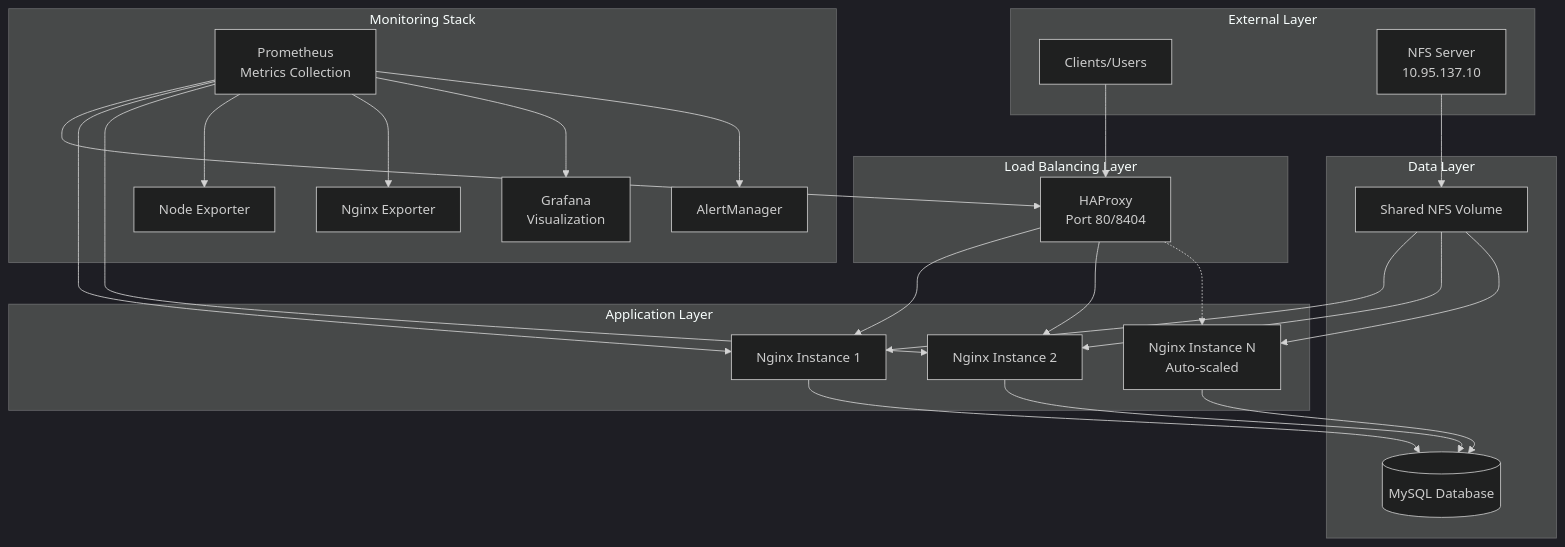
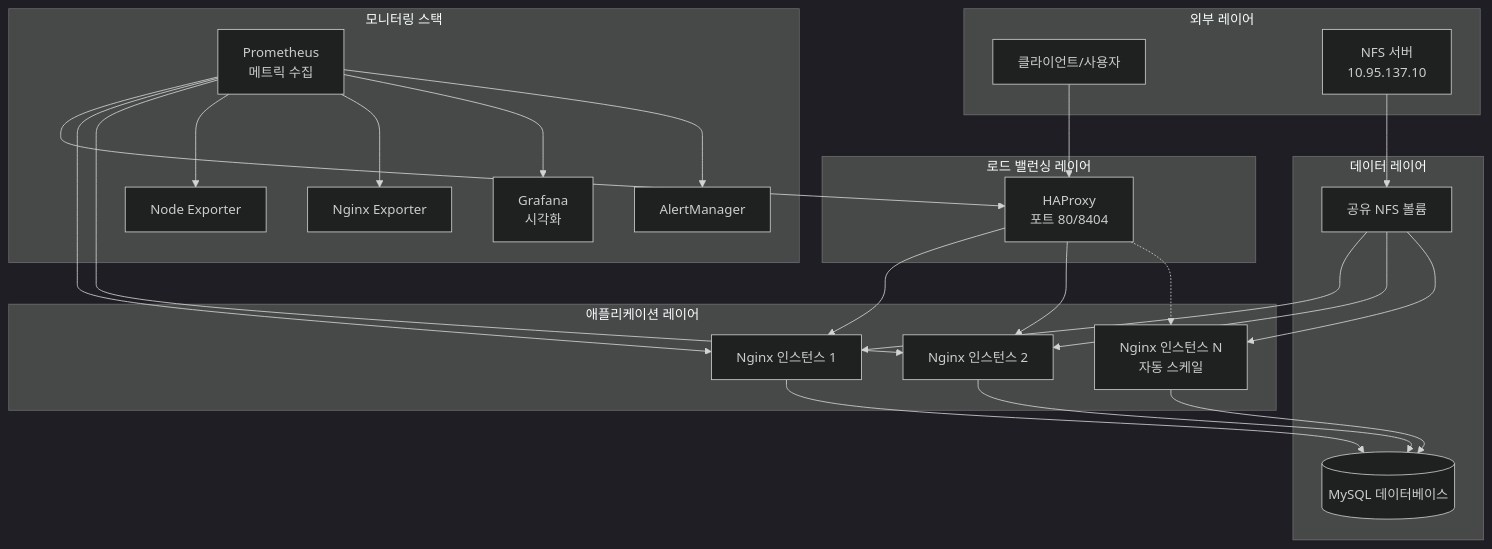
One commit to byeongyuseob/techup changed the first of 4 diagrams in README.md. Above: the diagram before and after it, drawn with Mermaid (dark theme). The commit also changed other lines of this file, not shown here.

````diff
--- a/README.md
+++ b/README.md
@@ -9,53 +9,53 @@
 ```mermaid
 graph TB
-    subgraph "External Layer"
-        Client[Clients/Users]
-        NFS[NFS Server<br/>10.95.137.10]
+    subgraph "외부 레이어"
+        Client[클라이언트/사용자]
+        NFS[NFS 서버<br/>10.95.137.10]
     end
 
-    subgraph "Load Balancing Layer"
-        HAProxy[HAProxy<br/>Port 80/8404]
+    subgraph "로드 밸런싱 레이어"
+        HAProxy[HAProxy<br/>포트 80/8404]
     end
 
-    subgraph "Application Layer"
-        Nginx1[Nginx Instance 1]
-        Nginx2[Nginx Instance 2]
-        NginxN[Nginx Instance N<br/>Auto-scaled]
+    subgraph "애플리케이션 레이어"
+        Nginx1[Nginx 인스턴스 1]
+        Nginx2[Nginx 인스턴스 2]
+        NginxN[Nginx 인스턴스 N<br/>자동 스케일]
     end
 
-    subgraph "Data Layer"
-        MySQL[(MySQL Database)]
-        SharedVol[Shared NFS Volume]
+    subgraph "데이터 레이어"
+        MySQL[(MySQL 데이터베이스)]
+        SharedVol[공유 NFS 볼륨]
     end
 
-    subgraph "Monitoring Stack"
-        Prometheus[Prometheus<br/>Metrics Collection]
-        Grafana[Grafana<br/>Visualization]
+    subgraph "모니터링 스택"
+        Prometheus[Prometheus<br/>메트릭 수집]
+        Grafana[Grafana<br/>시각화]
         AlertManager[AlertManager]
         NodeExp[Node Exporter]
         NginxExp[Nginx Exporter]
     end
 
     Client --> HAProxy
     HAProxy --> Nginx1
     HAProxy --> Nginx2
     HAProxy -.-> NginxN
 
     Nginx1 --> MySQL
     Nginx2 --> MySQL
     NginxN --> MySQL
 
     NFS --> SharedVol
     SharedVol --> Nginx1
     SharedVol --> Nginx2
     SharedVol --> NginxN
 
     Prometheus --> HAProxy
     Prometheus --> Nginx1
     Prometheus --> Nginx2
     Prometheus --> NodeExp
     Prometheus --> NginxExp
 
     Prometheus --> Grafana
     Prometheus --> AlertManager
 ```
````
